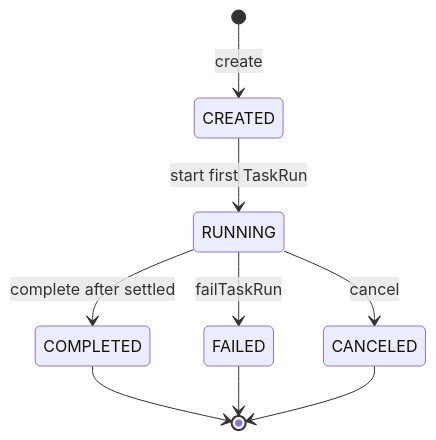
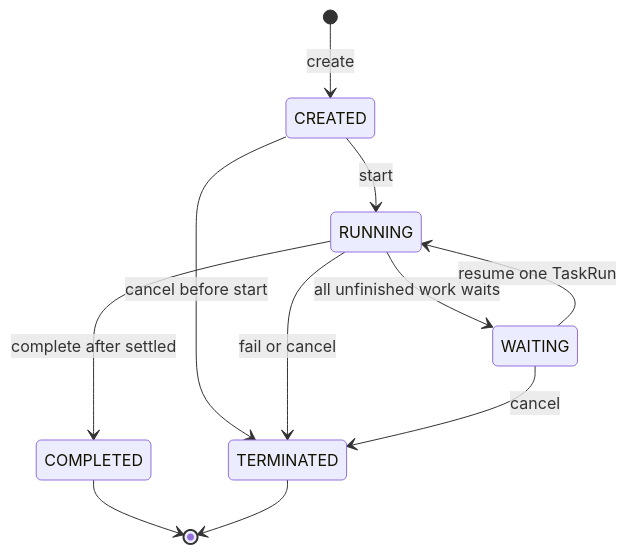
One commit to Eiddy5/flow changed the second of 3 diagrams in docs/standards/execution-domain-model.md. Above: the diagram before and after it, drawn with Mermaid. The commit also changed other lines of this file and 268 other files, not shown here.

````diff
--- a/docs/standards/execution-domain-model.md
+++ b/docs/standards/execution-domain-model.md
@@ -238,11 +426,13 @@
 ```mermaid
 stateDiagram-v2
     [*] --> CREATED: create
-    CREATED --> RUNNING: start first TaskRun
+    CREATED --> RUNNING: start
+    CREATED --> TERMINATED: cancel before start
+    RUNNING --> WAITING: all unfinished work waits
+    WAITING --> RUNNING: resume one TaskRun
     RUNNING --> COMPLETED: complete after settled
-    RUNNING --> FAILED: failTaskRun
-    RUNNING --> CANCELED: cancel
+    RUNNING --> TERMINATED: fail or cancel
+    WAITING --> TERMINATED: cancel
     COMPLETED --> [*]
-    FAILED --> [*]
-    CANCELED --> [*]
+    TERMINATED --> [*]
 ```
````
